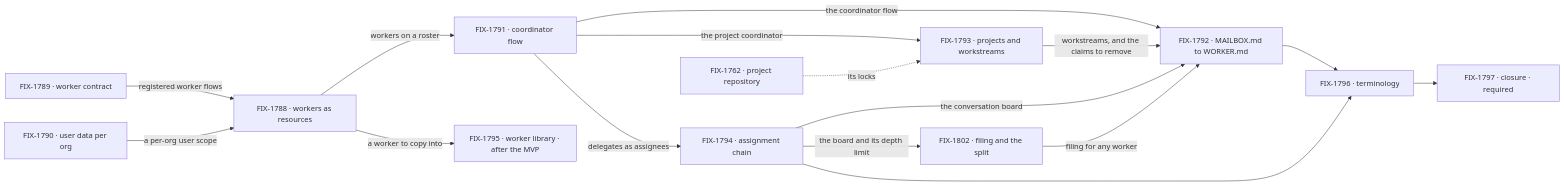
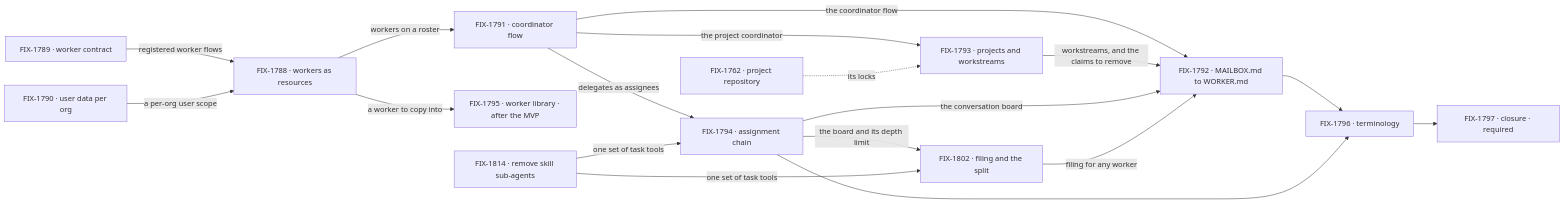
Before and after one commit to fixpoint-labs/flow-state-dev: the second of 2 diagrams in specs/epics/FIX-1786/SPEC.md, drawn with Mermaid. The commit also changed other lines of this file and 22 other files, not shown here.

First line of the commit message:
spec(FIX-1786): one word per thing for hand-offs; remove skill sub-agents (FIX-1814)

````diff
--- a/specs/epics/FIX-1786/SPEC.md
+++ b/specs/epics/FIX-1786/SPEC.md
@@ -116,18 +117,20 @@
 ```mermaid
 flowchart LR
   C["FIX-1789 · worker contract"] -->|"registered worker flows"| W["FIX-1788 · workers as resources"]
   O["FIX-1790 · user data per org"] -->|"a per-org user scope"| W
   W -->|"workers on a roster"| K["FIX-1791 · coordinator flow"]
   W -->|"a worker to copy into"| L["FIX-1795 · worker library · after the MVP"]
   K -->|"the project coordinator"| P["FIX-1793 · projects and workstreams"]
   K -->|"delegates as assignees"| H["FIX-1794 · assignment chain"]
   K -->|"the coordinator flow"| M["FIX-1792 · MAILBOX.md to WORKER.md"]
   P -->|"workstreams, and the claims to remove"| M
   H -->|"the conversation board"| M
   H -->|"the board and its depth limit"| S["FIX-1802 · filing and the split"]
+  R["FIX-1814 · remove skill sub-agents"] -->|"one set of task tools"| H
+  R -->|"one set of task tools"| S
   S -->|"filing for any worker"| M
   M --> T["FIX-1796 · terminology"]
   H --> T
   T --> Z["FIX-1797 · closure · required"]
   X["FIX-1762 · project repository"] -.->|"its locks"| P
 ```
````
